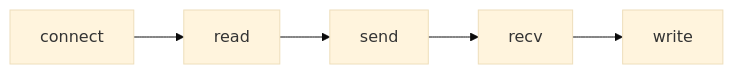
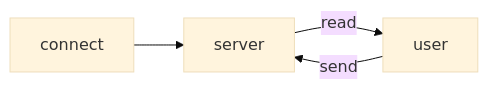
The second of 2 diagrams in README.md (idokatzav/KNN-Classifier), drawn with Mermaid (base theme) before and after one commit. The commit also changed other lines of this file, not shown here.

````diff
--- a/README.md
+++ b/README.md
@@ -193,7 +191,6 @@
 ```mermaid
 graph LR;
-    connect --> read;
-    read --> send;
-    send --> recv;
-    recv --> write;
+    connect --> server;
+    server --read--> user;
+    user --send--> server;
 ```
````
